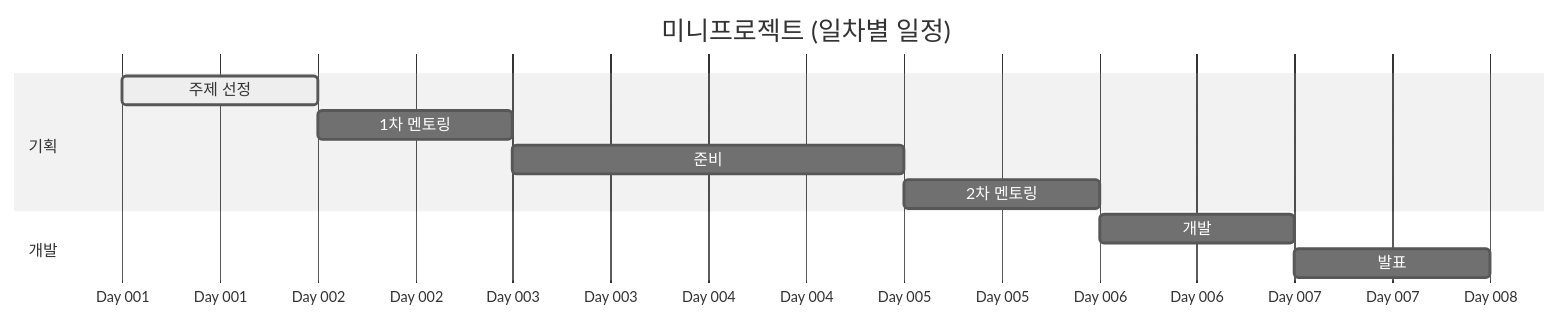
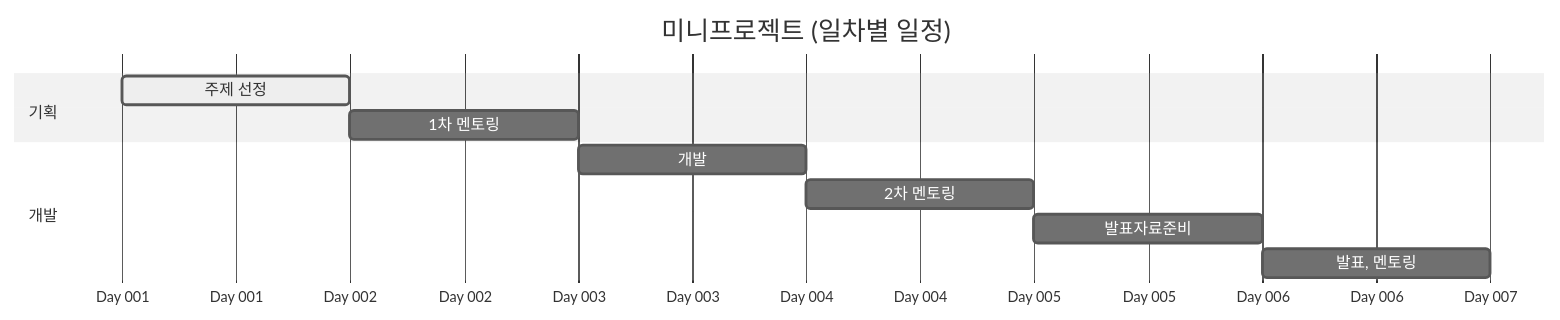
One commit to SAJOYO/.github changed the first of 4 diagrams in profile/README.md. Above: the diagram before and after it, drawn with Mermaid (neutral theme). The commit also changed other lines of this file, not shown here.

Commit message:
Update project timeline and sections in README

````diff
--- a/profile/README.md
+++ b/profile/README.md
@@ -1,20 +3,20 @@
 ```mermaid
 gantt
     title 미니프로젝트 (일차별 일정)
     dateFormat  YYYY-MM-DD
     
     %% 축을 일수(Day 01, Day 05...) 형태로 표시하고 5일 단위로 눈금을 끕니다
     axisFormat Day %j
     tickInterval 5d
 
     section 기획
     주제 선정                : active, a1, 2026-01-01, 1d
     1차 멘토링               : a2, after a1, 1d
-    준비                    : a3, after a2, 2d
-    2차 멘토링               : a4, after a3, 1d
 
     section 개발
-    개발                   : b1, after a4, 1d
-    발표                   : b2, after b1, 1d
+    개발                    : b1, after a2, 1d
+    2차 멘토링               : b2, after b1, 1d
+    발표자료준비              : b3, after b2, 1d
+    발표, 멘토링             : b4, after b3, 1d
 
 ```
````
